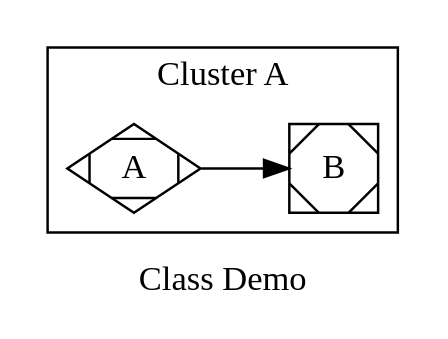
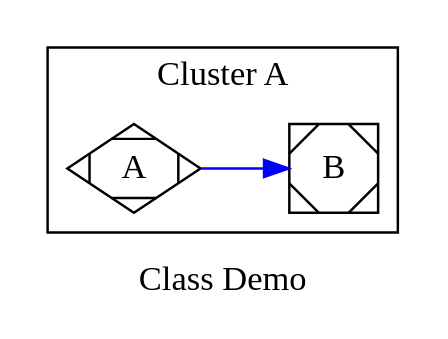
Before and after one commit to graphviz-perl/GraphViz2-Marpa-PathUtils: the diagram in data/11.clusters.out.gv, drawn with Graphviz. The commit also changed 8 other files, not shown here.

```diff
--- a/data/11.clusters.out.gv
+++ b/data/11.clusters.out.gv
@@ -1,13 +1,13 @@
 digraph graph_51
 {
 graph [ label="Class Demo" rankdir="LR" ]
 
 subgraph "cluster A"
 {
 graph [ label="Cluster A" rankdir="LR" ]
 
 "A" [ shape="Mdiamond" ]
 "B" [ shape="Msquare" ]
-"A" -> "B" [ label="" ]
+"A" -> "B" [ color="blue" label="" ]
 }
 }
```
